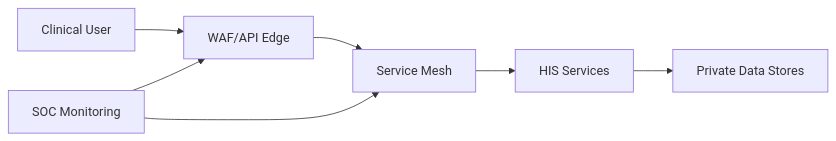
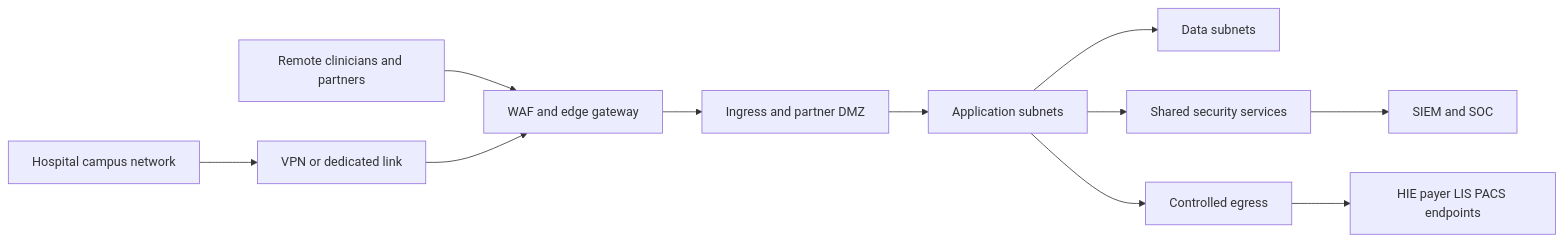
The diagram in Hospital Information System/infrastructure/network-infrastructure.md (0Ankit0/Project-Ideas), drawn with Mermaid before and after one commit. The commit also changed other lines of this file and 18 other files, not shown here.

Commit message:
Update Hospital Information System: design, edge cases, HLD, implementation, infra, and requirements docs

````diff
--- a/Hospital Information System/infrastructure/network-infrastructure.md
+++ b/Hospital Information System/infrastructure/network-infrastructure.md
@@ -37,9 +7,13 @@
 ```mermaid
 flowchart LR
-    User[Clinical User] --> WAF[WAF/API Edge]
-    WAF --> Mesh[Service Mesh]
-    Mesh --> App[HIS Services]
-    App --> Data[Private Data Stores]
-    SOC[SOC Monitoring] --> WAF
-    SOC --> Mesh
+    Campus[Hospital campus network] --> VPN[VPN or dedicated link]
+    Internet[Remote clinicians and partners] --> Edge[WAF and edge gateway]
+    VPN --> Edge
+    Edge --> DMZ[Ingress and partner DMZ]
+    DMZ --> App[Application subnets]
+    App --> Data[Data subnets]
+    App --> Shared[Shared security services]
+    Shared --> SIEM[SIEM and SOC]
+    App --> Egress[Controlled egress]
+    Egress --> Partners[HIE payer LIS PACS endpoints]
 ```
````
